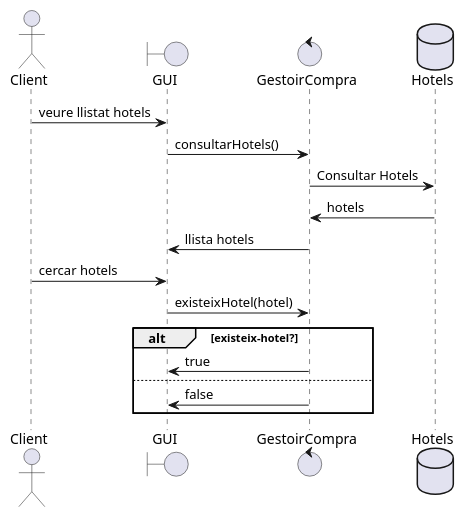
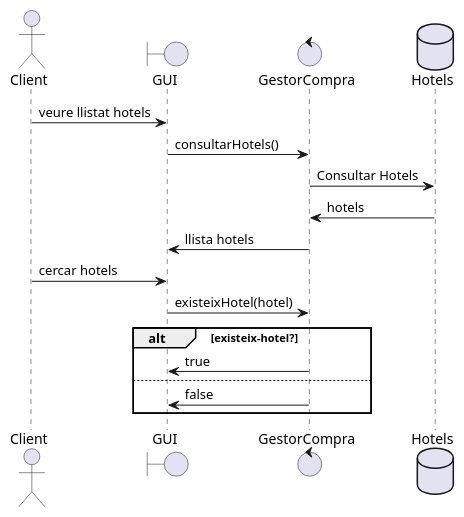
One commit to kevin-guerrero/M5-A13-Disseny-de-Diagrames-de-Sequencia changed the first of 2 diagrams in src/models/Exercici1.puml. Above: the diagram before and after it, drawn with PlantUML. The commit also changed other lines of this file and 6 other files, not shown here.

```diff
--- a/src/models/Exercici1.puml
+++ b/src/models/Exercici1.puml
@@ -1,23 +1,23 @@
 @startuml
 'https://plantuml.com/sequence-diagram
 
 actor Client as c
 boundary GUI as ui
-control GestoirCompra as gc
+control GestorCompra as gc
 database Hotels as H
 
 
 c -> ui : veure llistat hotels
 ui -> gc : consultarHotels()
 gc -> H : Consultar Hotels
 H -> gc : hotels
 gc -> ui : llista hotels
 c -> ui : cercar hotels
 ui -> gc : existeixHotel(hotel)
 alt existeix-hotel?
     gc -> ui : true
 else
     gc -> ui: false
 end
 
 @enduml
```
